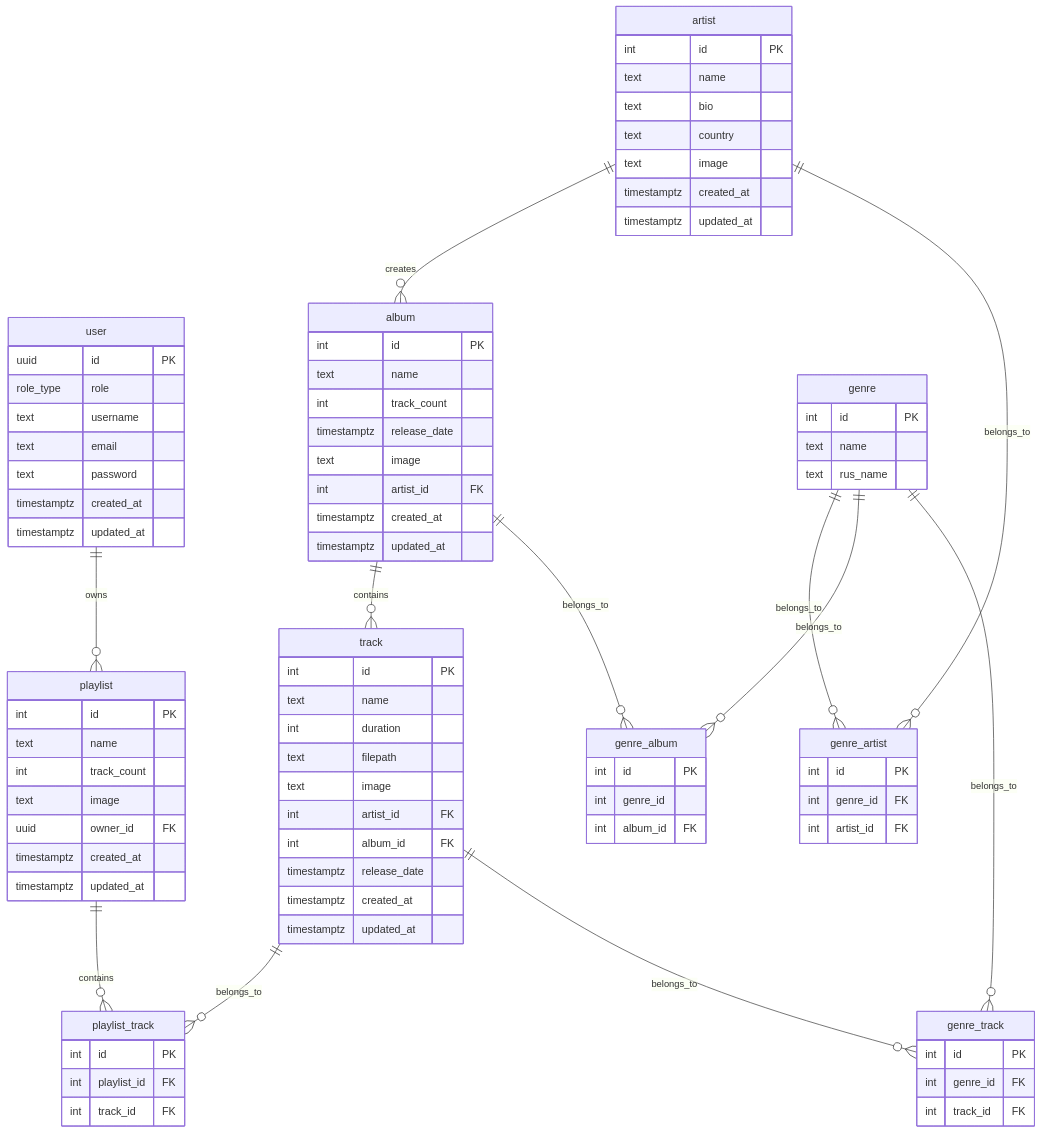
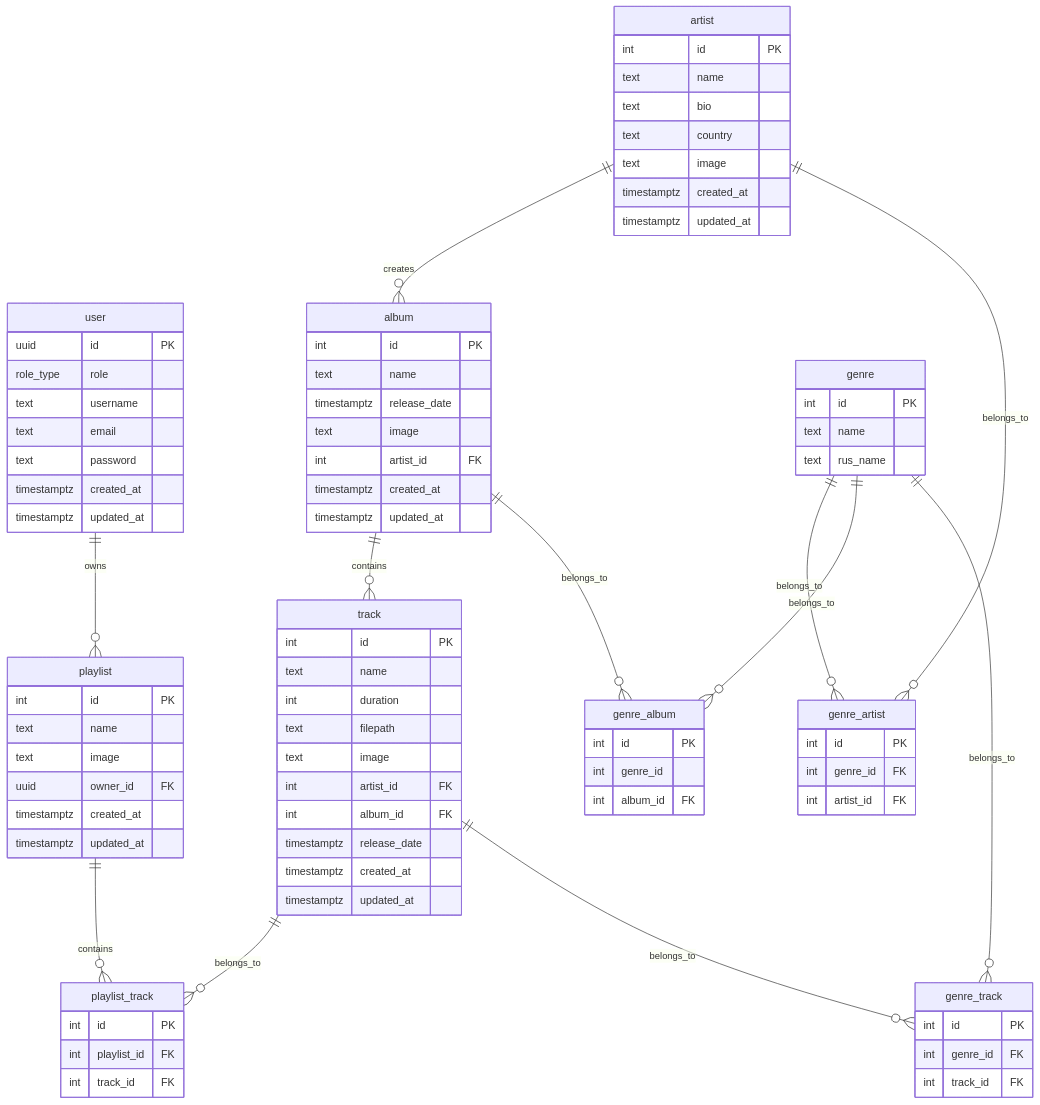
The diagram in internal/db/postgres/normalized/erd.md (go-park-mail-ru/2024_2_NovaCode), drawn with Mermaid before and after one commit. The commit also changed 16 other files, not shown here.

```diff
--- a/internal/db/postgres/normalized/erd.md
+++ b/internal/db/postgres/normalized/erd.md
@@ -37,7 +37,6 @@
     album {
         int id PK
         text name
-        int track_count
         timestamptz release_date
         text image
         int artist_id FK
@@ -49,7 +48,6 @@
     playlist {
         int id PK
         text name
-        int track_count
         text image
         uuid owner_id FK
         timestamptz created_at
```
